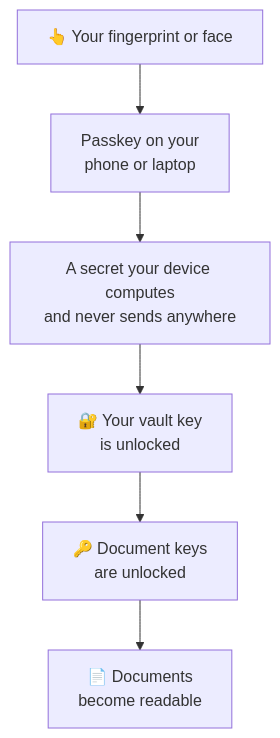
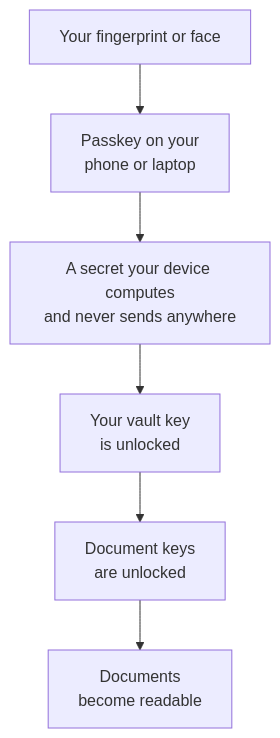
One commit to kigster/kigre-astro changed the fourth of 16 diagrams in src/content/blog/2026-11-12--sharing-encrypted-documents-without-trusting-your-server.md. Above: the diagram before and after it, drawn with Mermaid. The commit also changed other lines of this file and 4 other files, not shown here.

````diff
--- a/src/content/blog/2026-11-12--sharing-encrypted-documents-without-trusting-your-server.md
+++ b/src/content/blog/2026-11-12--sharing-encrypted-documents-without-trusting-your-server.md
@@ -198,10 +250,10 @@
 ```mermaid
 flowchart TD
-    F["👆 Your fingerprint or face"]
+    F["Your fingerprint or face"]
     PK["Passkey on your<br/>phone or laptop"]
     S["A secret your device computes<br/>and never sends anywhere"]
-    PR["🔐 Your vault key<br/>is unlocked"]
-    DK["🔑 Document keys<br/>are unlocked"]
-    D["📄 Documents<br/>become readable"]
+    PR["Your vault key<br/>is unlocked"]
+    DK["Document keys<br/>are unlocked"]
+    D["Documents<br/>become readable"]
     F --> PK --> S --> PR --> DK --> D
 ```
````
